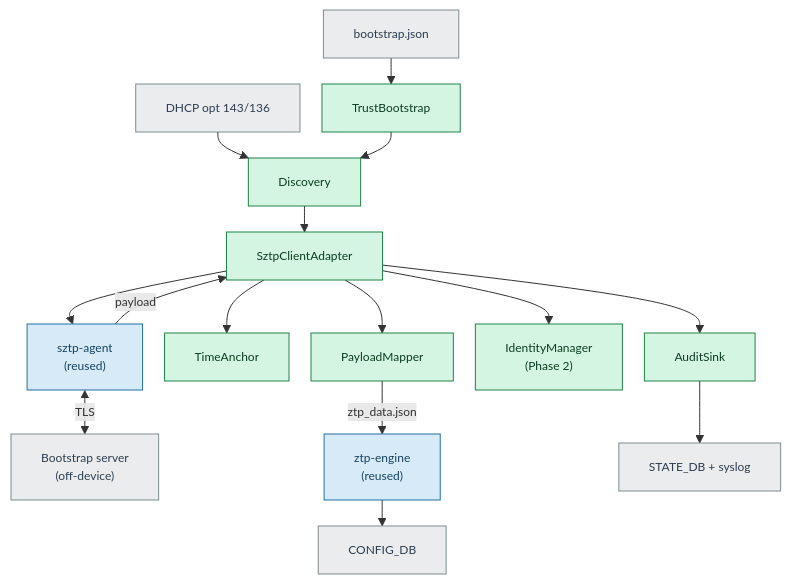
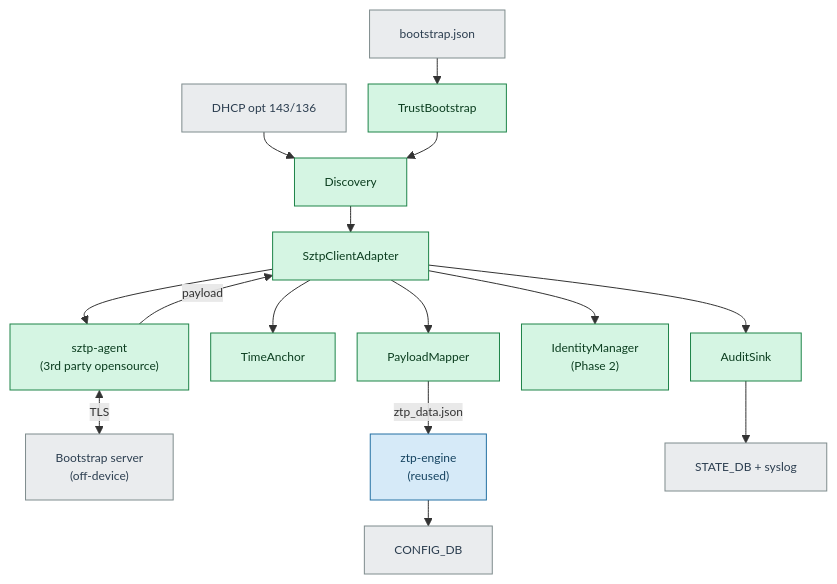
Before and after one commit to keerthikumar-t/SONiC: the fourth of 13 diagrams in doc/ztp/trusted-ztp.md, drawn with Mermaid. The commit also changed other lines of this file, not shown here.

````diff
--- a/doc/ztp/trusted-ztp.md
+++ b/doc/ztp/trusted-ztp.md
@@ -445,22 +449,22 @@
 ```mermaid
 %%{init: {'flowchart': {'nodeSpacing': 22, 'rankSpacing': 26}, 'themeVariables': {'fontSize': '12px'}}}%%
 flowchart TB
     BJSON["bootstrap.json"]:::io --> TB["TrustBootstrap"]:::new
     DHCP["DHCP opt 143/136"]:::io --> DISC["Discovery"]:::new
     TB --> DISC
     DISC --> ADP["SztpClientAdapter"]:::new
-    ADP --> AGT["sztp-agent<br/>(reused)"]:::reuse
+    ADP --> AGT["sztp-agent<br/>(3rd party opensource)"]:::new
     AGT <-->|"TLS"| BS["Bootstrap server<br/>(off-device)"]:::io
     AGT -->|"payload"| ADP
     ADP --> TA["TimeAnchor"]:::new
     ADP --> PM["PayloadMapper"]:::new
     ADP --> IM["IdentityManager<br/>(Phase 2)"]:::new
     ADP --> AS["AuditSink"]:::new
     PM -->|"ztp_data.json"| ENG["ztp-engine<br/>(reused)"]:::reuse
     ENG --> CDB["CONFIG_DB"]:::io
     AS --> SDB["STATE_DB + syslog"]:::io
 
     classDef new fill:#d5f5e3,stroke:#1e8449,color:#0b3d1f
     classDef reuse fill:#d6eaf8,stroke:#2471a3,color:#154360
     classDef io fill:#eaecee,stroke:#7f8c8d,color:#2c3e50
 ```
````
